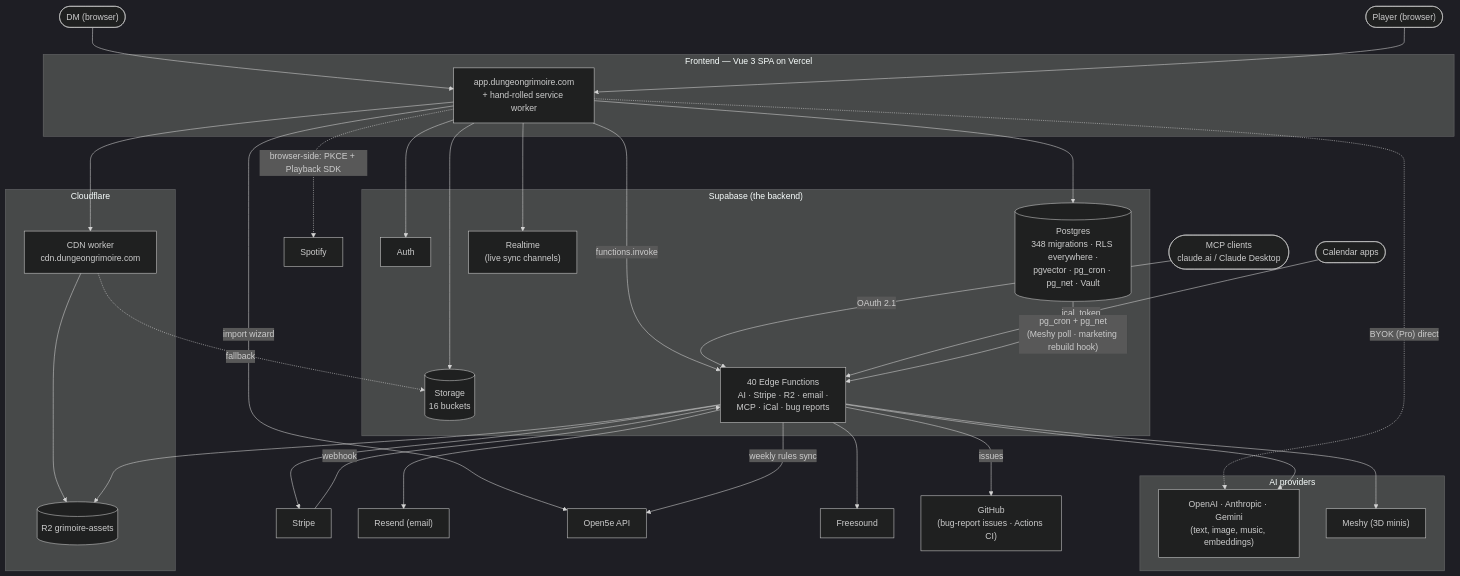
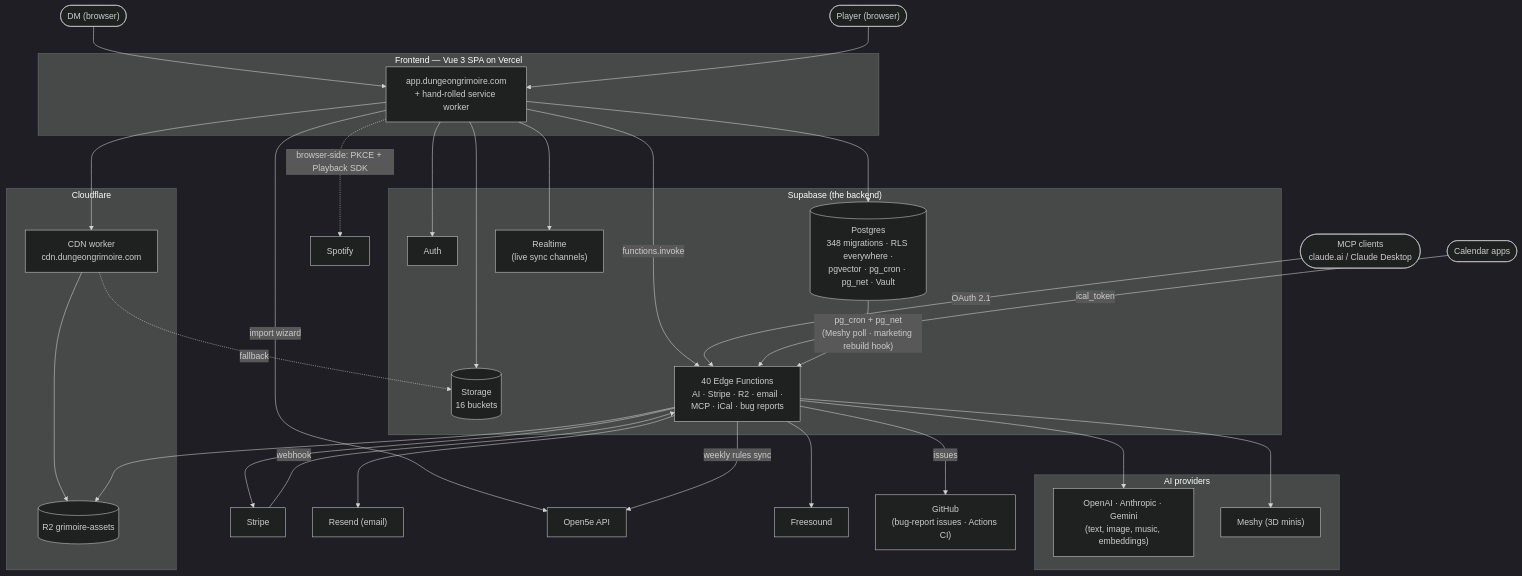
One commit to irongollem/grimoire changed the diagram in context/architecture/index.md. Above: the diagram before and after it, drawn with Mermaid (dark theme). The commit also changed other lines of this file and 444 other files, not shown here.

````diff
--- a/context/architecture/index.md
+++ b/context/architecture/index.md
@@ -23,54 +23,53 @@
 ```mermaid
 flowchart TB
     dm(["DM (browser)"])
     player(["Player (browser)"])
     mcpc(["MCP clients<br/>claude.ai / Claude Desktop"])
     calapp(["Calendar apps"])
 
     subgraph fe ["Frontend — Vue 3 SPA on Vercel"]
         spa["app.dungeongrimoire.com<br/>+ hand-rolled service worker"]
     end
 
     subgraph supa ["Supabase (the backend)"]
         auth["Auth"]
         pg[("Postgres<br/>348 migrations · RLS everywhere ·<br/>pgvector · pg_cron · pg_net · Vault")]
         rt["Realtime<br/>(live sync channels)"]
         store[("Storage<br/>16 buckets")]
         edge["40 Edge Functions<br/>AI · Stripe · R2 · email ·<br/>MCP · iCal · bug reports"]
     end
 
     subgraph cf ["Cloudflare"]
         cdn["CDN worker<br/>cdn.dungeongrimoire.com"]
         r2[("R2 grimoire-assets")]
     end
 
     subgraph ai ["AI providers"]
         llms["OpenAI · Anthropic · Gemini<br/>(text, image, music, embeddings)"]
         meshy["Meshy (3D minis)"]
     end
 
     stripe["Stripe"]
     resend["Resend (email)"]
     open5e["Open5e API"]
     freesound["Freesound"]
     spotify["Spotify"]
     gh["GitHub<br/>(bug-report issues · Actions CI)"]
 
     dm & player --> spa
     spa --> auth & pg & rt & store
     spa -- "functions.invoke" --> edge
-    spa -.->|"BYOK (Pro) direct"| llms
     spa -.->|"browser-side: PKCE + Playback SDK"| spotify
     spa --> cdn
     cdn --> r2
     cdn -. fallback .-> store
     spa -- import wizard --> open5e
 
     edge --> llms & meshy & stripe & resend & freesound & r2
     edge -- weekly rules sync --> open5e
     edge -- issues --> gh
     stripe -- webhook --> edge
     mcpc -- "OAuth 2.1" --> edge
     calapp -- ical_token --> edge
     pg -- "pg_cron + pg_net<br/>(Meshy poll · marketing rebuild hook)" --> edge
 ```
````
